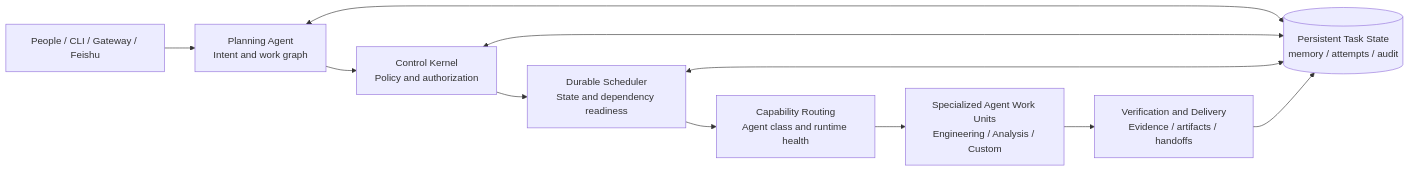
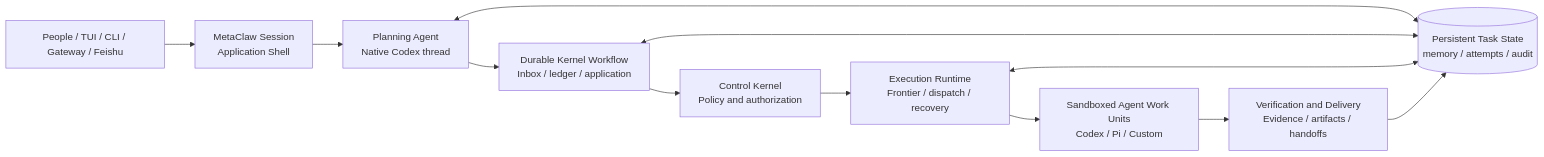
One commit to IFOSR/metawork changed the diagram in README.md. Above: the diagram before and after it, drawn with Mermaid. The commit also changed other lines of this file and 15 other files, not shown here.

Commit message:
docs: align repository architecture guidance

````diff
--- a/README.md
+++ b/README.md
@@ -57,15 +57,16 @@
 ```mermaid
 flowchart LR
-  Intake[People / CLI / Gateway / Feishu] --> Planning[Planning Agent<br/>Intent and work graph]
-  Planning --> Kernel[Control Kernel<br/>Policy and authorization]
-  Kernel --> Scheduler[Durable Scheduler<br/>State and dependency readiness]
-  Scheduler --> Routing[Capability Routing<br/>Agent class and runtime health]
-  Routing --> Agents[Specialized Agent Work Units<br/>Engineering / Analysis / Custom]
+  Intake[People / TUI / CLI / Gateway / Feishu] --> Session[MetaClaw Session<br/>Application Shell]
+  Session --> Planning[Planning Agent<br/>Native Codex thread]
+  Planning --> Workflow[Durable Kernel Workflow<br/>Inbox / ledger / application]
+  Workflow --> Kernel[Control Kernel<br/>Policy and authorization]
+  Kernel --> Runtime[Execution Runtime<br/>Frontier / dispatch / recovery]
+  Runtime --> Agents[Sandboxed Agent Work Units<br/>Codex / Pi / Custom]
   Agents --> Verify[Verification and Delivery<br/>Evidence / artifacts / handoffs]
 
   State[(Persistent Task State<br/>memory / attempts / audit)]
   Planning <--> State
-  Kernel <--> State
-  Scheduler <--> State
+  Workflow <--> State
+  Runtime <--> State
   Verify --> State
 ```
````
